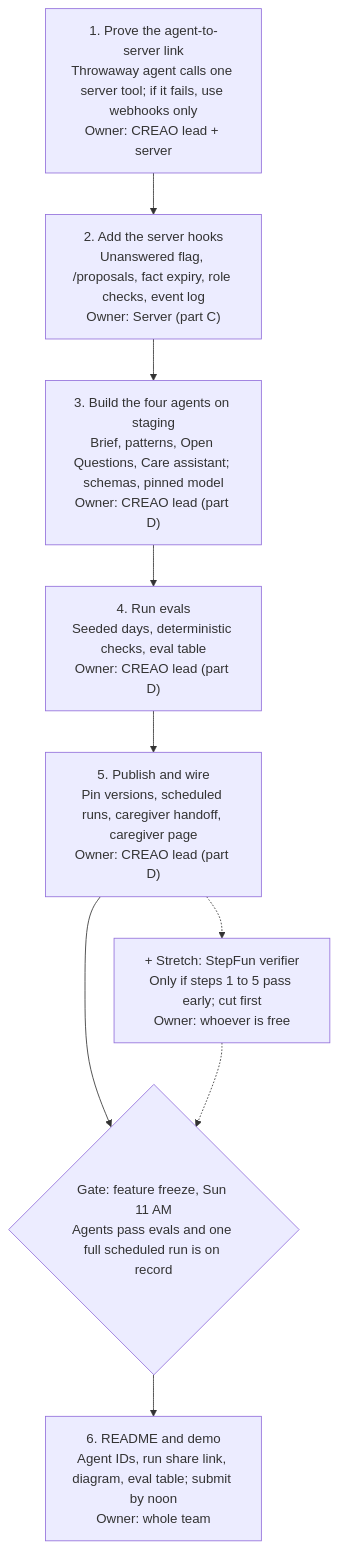
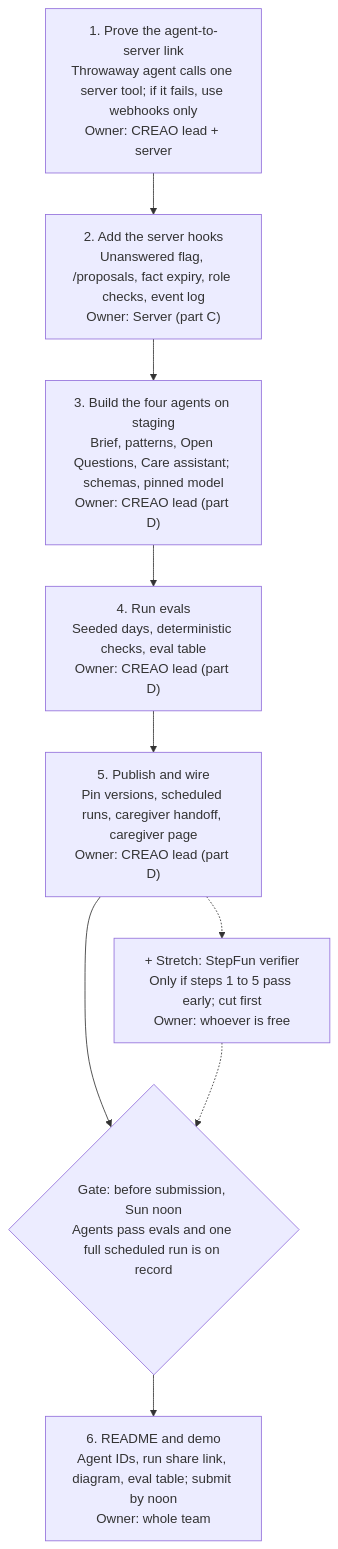
Before and after one commit to nam-m/la-ai-hackathon-2026: the second of 2 diagrams in CARE_SIDE_AGENT_PLATFORM.md, drawn with Mermaid. The commit also changed other lines of this file and 5 other files, not shown here.

First line of the commit message:
Docs: remove the feature freeze; HANDOFF records the built server link and next steps

````diff
--- a/CARE_SIDE_AGENT_PLATFORM.md
+++ b/CARE_SIDE_AGENT_PLATFORM.md
@@ -177,13 +177,13 @@
 ```mermaid
 flowchart TD
   S1["1. Prove the agent-to-server link<br/>Throwaway agent calls one server tool; if it fails, use webhooks only<br/>Owner: CREAO lead + server"]
   S2["2. Add the server hooks<br/>Unanswered flag, /proposals, fact expiry, role checks, event log<br/>Owner: Server (part C)"]
   S3["3. Build the four agents on staging<br/>Brief, patterns, Open Questions, Care assistant; schemas, pinned model<br/>Owner: CREAO lead (part D)"]
   S4["4. Run evals<br/>Seeded days, deterministic checks, eval table<br/>Owner: CREAO lead (part D)"]
   S5["5. Publish and wire<br/>Pin versions, scheduled runs, caregiver handoff, caregiver page<br/>Owner: CREAO lead (part D)"]
   SX["+ Stretch: StepFun verifier<br/>Only if steps 1 to 5 pass early; cut first<br/>Owner: whoever is free"]
-  G{"Gate: feature freeze, Sun 11 AM<br/>Agents pass evals and one full scheduled run is on record"}
+  G{"Gate: before submission, Sun noon<br/>Agents pass evals and one full scheduled run is on record"}
   R["6. README and demo<br/>Agent IDs, run share link, diagram, eval table; submit by noon<br/>Owner: whole team"]
   S1 --> S2 --> S3 --> S4 --> S5 --> G --> R
   S5 -.-> SX -.-> G
 ```
````
